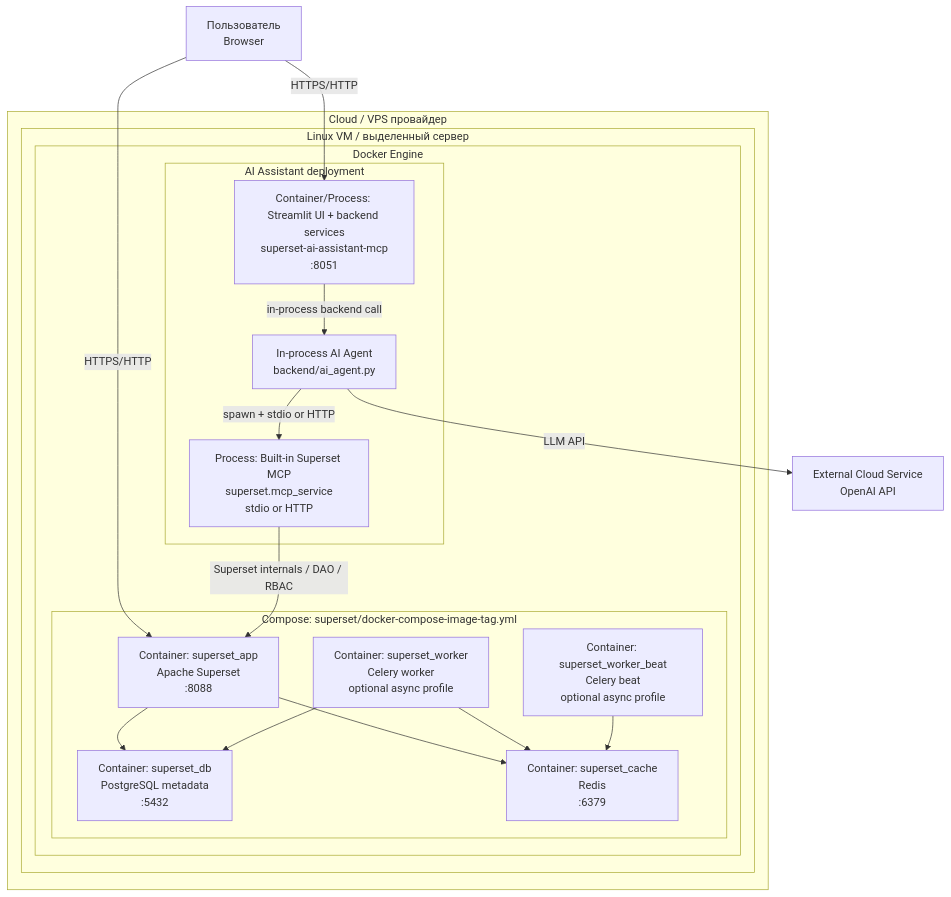
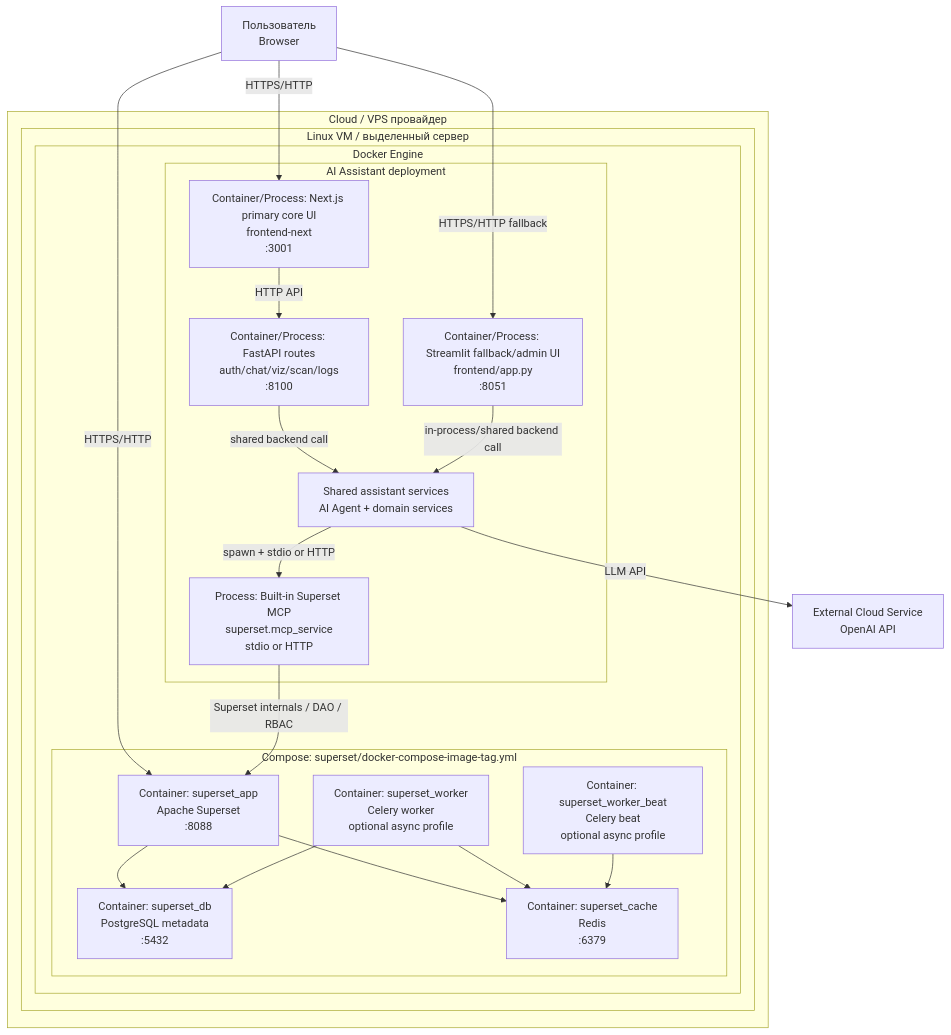
Before and after one commit to SHUBINDENIS/superset_ai: the diagram in docs/deployment.md, drawn with Mermaid. The commit also changed other lines of this file and 5 other files, not shown here.

````diff
--- a/docs/deployment.md
+++ b/docs/deployment.md
@@ -17,39 +21,44 @@
 ```mermaid
 flowchart TB
     user[Пользователь<br/>Browser]
 
     subgraph cloud[Cloud / VPS провайдер]
         subgraph vm[Linux VM / выделенный сервер]
             subgraph docker[Docker Engine]
                 subgraph supstack[Compose: superset/docker-compose-image-tag.yml]
                     superset_app[Container: superset_app<br/>Apache Superset<br/>:8088]
                     superset_db[Container: superset_db<br/>PostgreSQL metadata<br/>:5432]
                     superset_cache[Container: superset_cache<br/>Redis<br/>:6379]
                     superset_worker[Container: superset_worker<br/>Celery worker<br/>optional async profile]
                     superset_beat[Container: superset_worker_beat<br/>Celery beat<br/>optional async profile]
                 end
 
                 subgraph aistack[AI Assistant deployment]
-                    streamlit[Container/Process: Streamlit UI + backend services<br/>superset-ai-assistant-mcp<br/>:8051]
-                    agent[In-process AI Agent<br/>backend/ai_agent.py]
+                    nextjs[Container/Process: Next.js primary core UI<br/>frontend-next<br/>:3001]
+                    fastapi[Container/Process: FastAPI routes<br/>auth/chat/viz/scan/logs<br/>:8100]
+                    streamlit[Container/Process: Streamlit fallback/admin UI<br/>frontend/app.py<br/>:8051]
+                    services[Shared assistant services<br/>AI Agent + domain services]
                     mcp[Process: Built-in Superset MCP<br/>superset.mcp_service<br/>stdio or HTTP]
                 end
             end
         end
     end
 
     openai[External Cloud Service<br/>OpenAI API]
 
-    user -->|HTTPS/HTTP| streamlit
+    user -->|HTTPS/HTTP| nextjs
+    user -->|HTTPS/HTTP fallback| streamlit
     user -->|HTTPS/HTTP| superset_app
-    streamlit -->|in-process backend call| agent
-    agent -->|LLM API| openai
-    agent -->|spawn + stdio or HTTP| mcp
+    nextjs -->|HTTP API| fastapi
+    fastapi -->|shared backend call| services
+    streamlit -->|in-process/shared backend call| services
+    services -->|LLM API| openai
+    services -->|spawn + stdio or HTTP| mcp
     mcp -->|Superset internals / DAO / RBAC| superset_app
 
     superset_app --> superset_db
     superset_app --> superset_cache
     superset_worker --> superset_db
     superset_worker --> superset_cache
     superset_beat --> superset_cache
 ```
````
